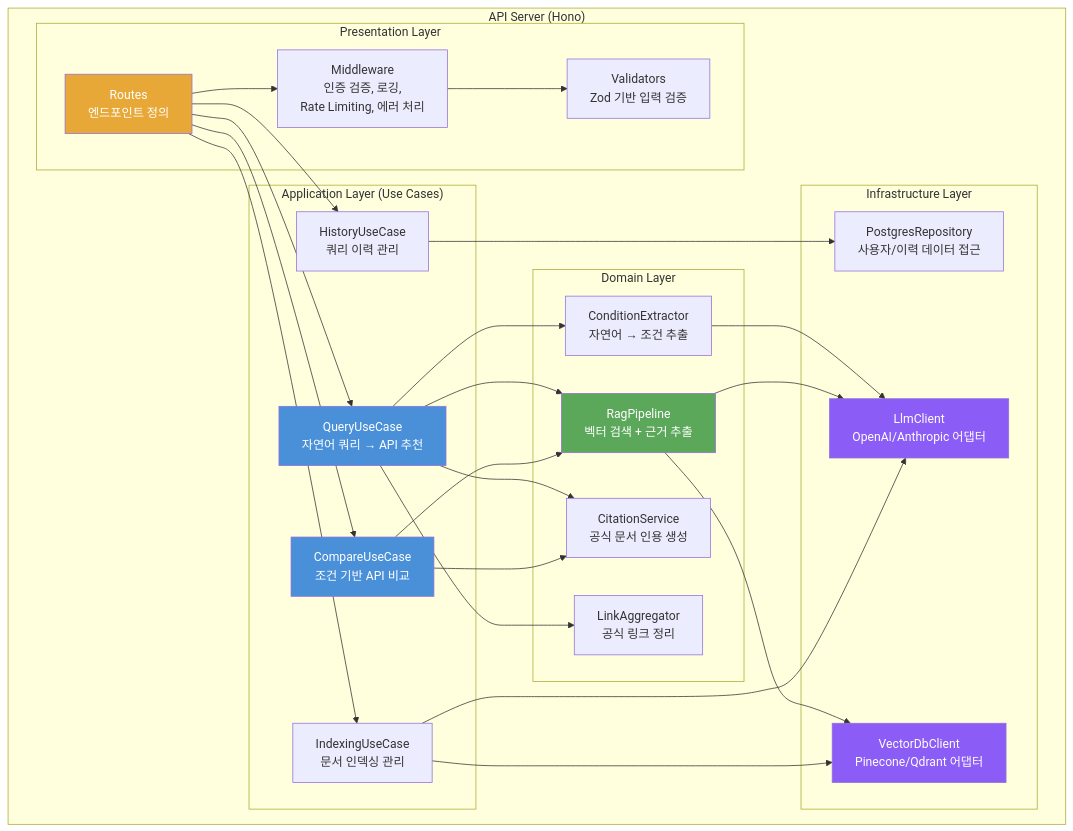
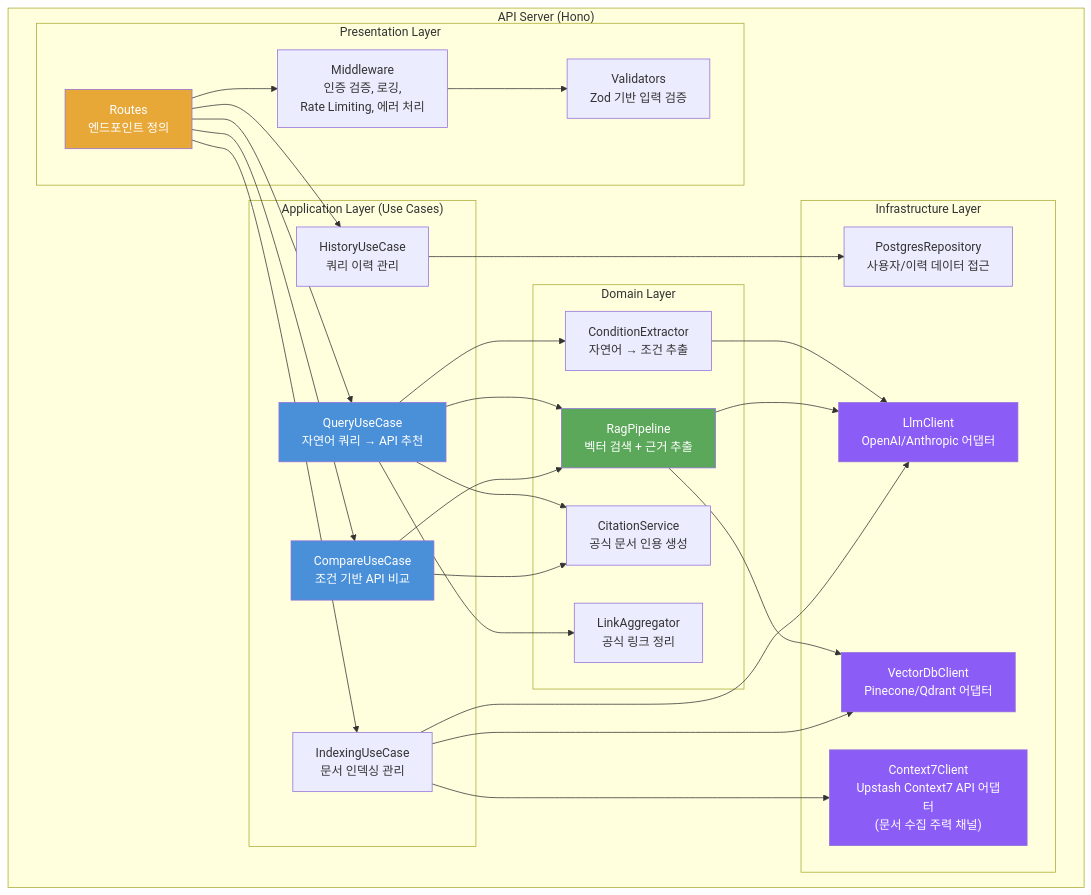
The third of 8 diagrams in docs/02-시스템설계/시스템아키텍처설계서-SAD.md (johunsang/api-intel), drawn with Mermaid before and after one commit. The commit also changed other lines of this file and 91 other files, not shown here.

````diff
--- a/docs/02-시스템설계/시스템아키텍처설계서-SAD.md
+++ b/docs/02-시스템설계/시스템아키텍처설계서-SAD.md
@@ -176,55 +180,58 @@
 ```mermaid
 flowchart TB
     subgraph "API Server (Hono)"
         subgraph "Presentation Layer"
             ROUTES["Routes<br/>엔드포인트 정의"]
             MW["Middleware<br/>인증 검증, 로깅,<br/>Rate Limiting, 에러 처리"]
             VALID["Validators<br/>Zod 기반 입력 검증"]
         end
 
         subgraph "Application Layer (Use Cases)"
             UC_QUERY["QueryUseCase<br/>자연어 쿼리 → API 추천"]
             UC_COMPARE["CompareUseCase<br/>조건 기반 API 비교"]
             UC_HISTORY["HistoryUseCase<br/>쿼리 이력 관리"]
             UC_INDEX["IndexingUseCase<br/>문서 인덱싱 관리"]
         end
 
         subgraph "Domain Layer"
             SVC_EXTRACT["ConditionExtractor<br/>자연어 → 조건 추출"]
             SVC_RAG["RagPipeline<br/>벡터 검색 + 근거 추출"]
             SVC_CITATION["CitationService<br/>공식 문서 인용 생성"]
             SVC_LINK["LinkAggregator<br/>공식 링크 정리"]
         end
 
         subgraph "Infrastructure Layer"
             REPO_PG["PostgresRepository<br/>사용자/이력 데이터 접근"]
             CLIENT_LLM["LlmClient<br/>OpenAI/Anthropic 어댑터"]
             CLIENT_VDB["VectorDbClient<br/>Pinecone/Qdrant 어댑터"]
+            CTX7["Context7Client<br/>Upstash Context7 API 어댑터<br/>(문서 수집 주력 채널)"]
         end
     end
 
     ROUTES --> MW --> VALID
     ROUTES --> UC_QUERY
     ROUTES --> UC_COMPARE
     ROUTES --> UC_HISTORY
     ROUTES --> UC_INDEX
     UC_QUERY --> SVC_EXTRACT
     UC_QUERY --> SVC_RAG
     UC_QUERY --> SVC_CITATION
     UC_QUERY --> SVC_LINK
     UC_COMPARE --> SVC_RAG
     UC_COMPARE --> SVC_CITATION
     UC_HISTORY --> REPO_PG
     SVC_EXTRACT --> CLIENT_LLM
     SVC_RAG --> CLIENT_VDB
     SVC_RAG --> CLIENT_LLM
+    UC_INDEX --> CTX7
     UC_INDEX --> CLIENT_VDB
     UC_INDEX --> CLIENT_LLM
 
     style ROUTES fill:#E8A838,color:#fff
     style UC_QUERY fill:#4A90D9,color:#fff
     style UC_COMPARE fill:#4A90D9,color:#fff
     style SVC_RAG fill:#5BA85B,color:#fff
     style CLIENT_LLM fill:#8B5CF6,color:#fff
     style CLIENT_VDB fill:#8B5CF6,color:#fff
+    style CTX7 fill:#8B5CF6,color:#fff
 ```
````
